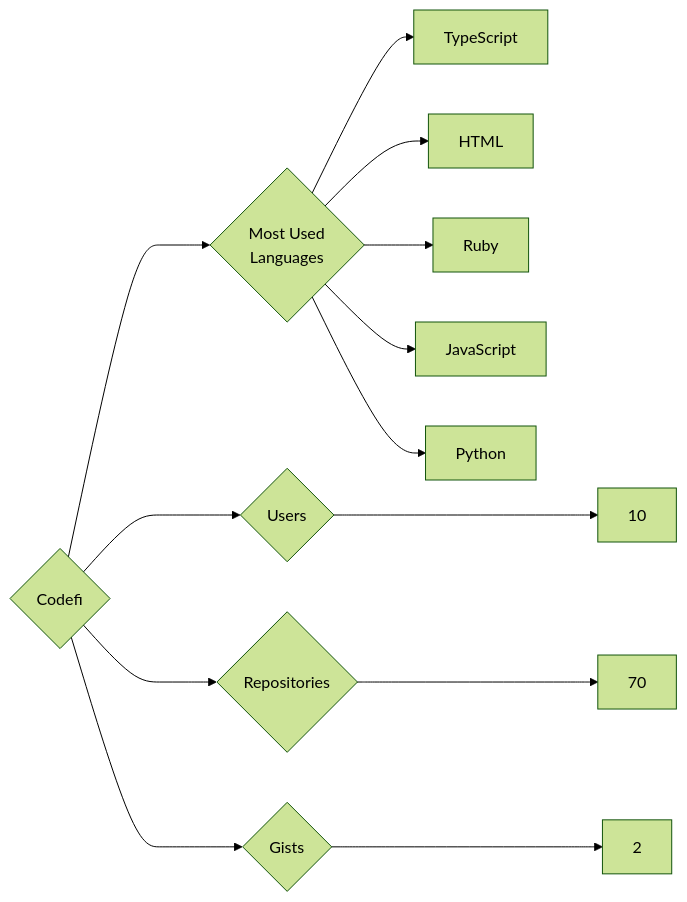
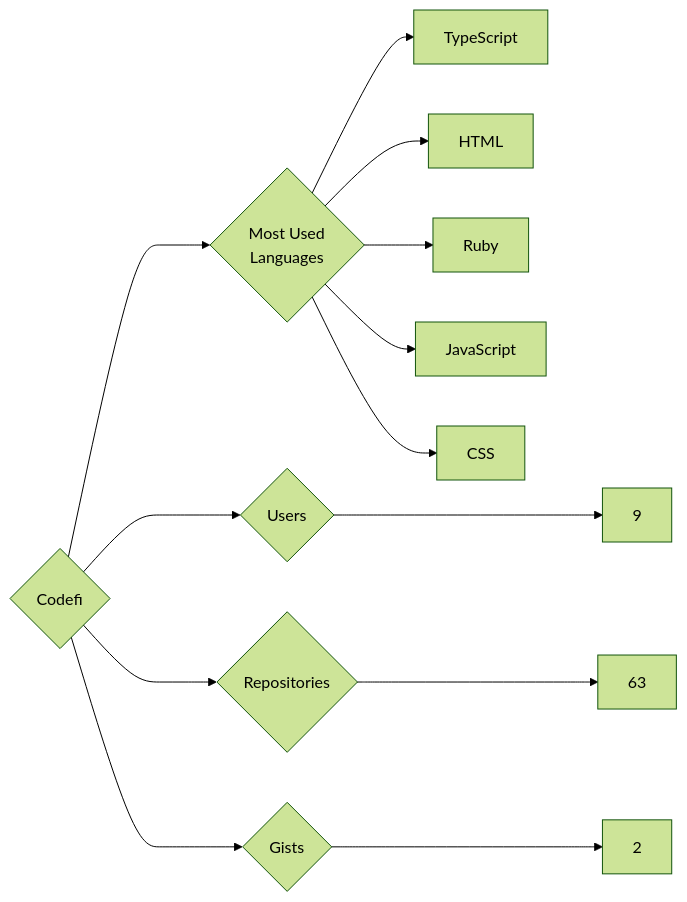
One commit to trickest/insiders changed the diagram in targets/Codefi/README.md. Above: the diagram before and after it, drawn with Mermaid (forest theme). The commit also changed 1195 other files, not shown here.

````diff
--- a/targets/Codefi/README.md
+++ b/targets/Codefi/README.md
@@ -3,13 +3,13 @@
 ```mermaid
 graph LR
 COMPANY_NAME{Codefi}
-COMPANY_NAME ---> U{Users} ---> UN[10]
-COMPANY_NAME ---> R{Repositories} ---> RN[70]
+COMPANY_NAME ---> U{Users} ---> UN[9]
+COMPANY_NAME ---> R{Repositories} ---> RN[63]
 COMPANY_NAME ---> G{Gists} ---> GN[2]
 COMPANY_NAME ---> ML{Most Used<br>Languages}
 ML --> TypeScript[TypeScript]
 ML --> HTML[HTML]
 ML --> Ruby[Ruby]
 ML --> JavaScript[JavaScript]
-ML --> Python[Python]
+ML --> CSS[CSS]
 ```
````
